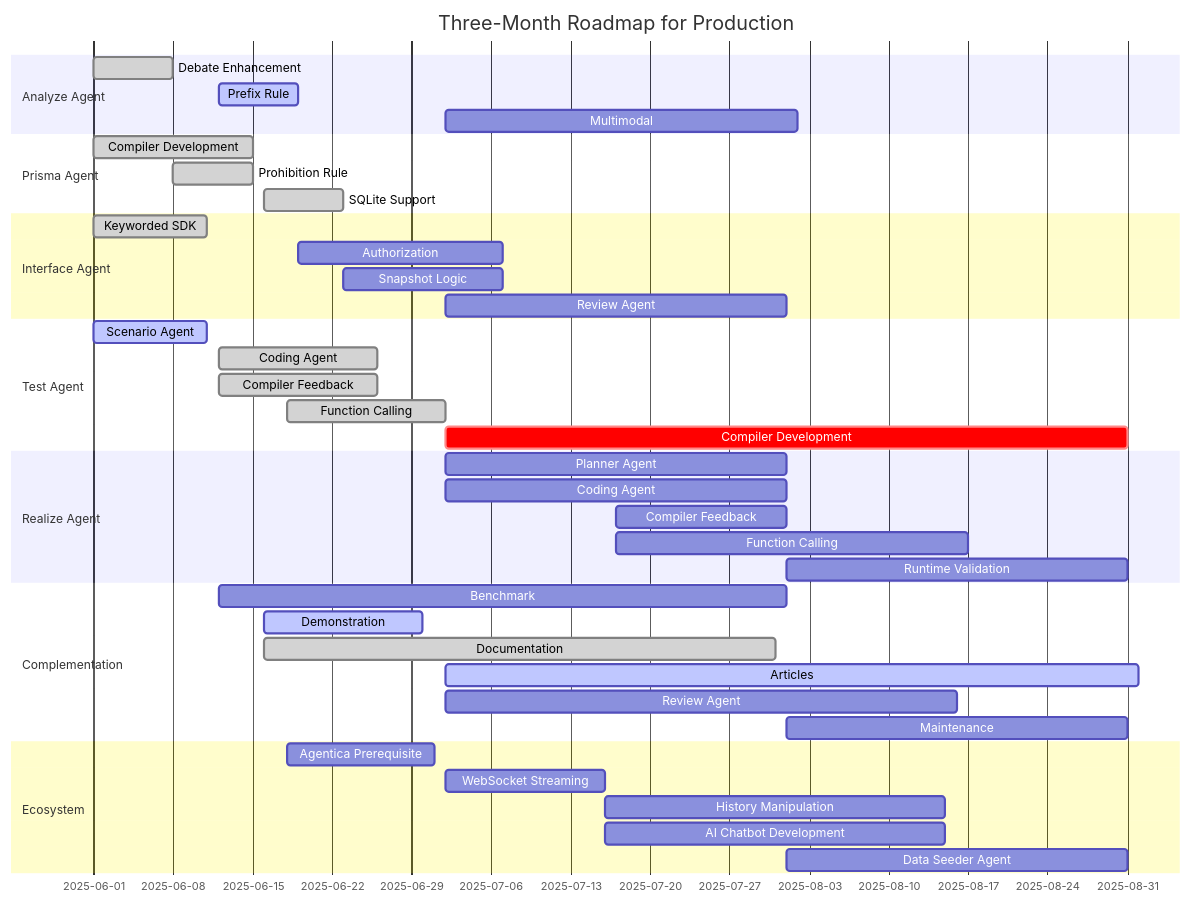
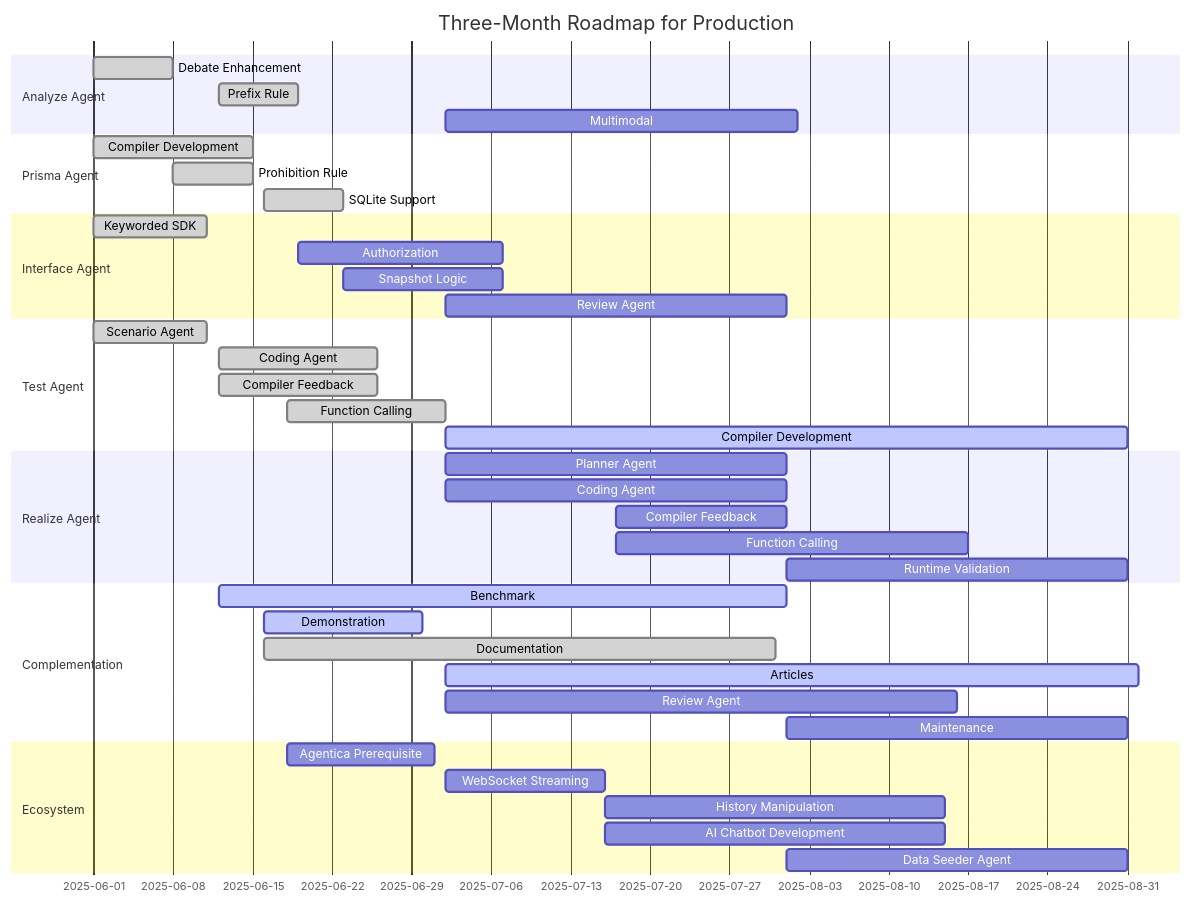
The second of 2 diagrams in README.md (RavenView-ai/autobe), drawn with Mermaid before and after one commit. The commit also changed 20 other files, not shown here.

````diff
--- a/README.md
+++ b/README.md
@@ -155,50 +155,50 @@
 ```mermaid
 gantt
   dateFormat YYYY-MM-DD
   title Three-Month Roadmap for Production
 
   section Analyze Agent
   Debate Enhancement: done,    2025-06-01,  7d
-  Prefix Rule:        active,  2025-06-12,  7d
+  Prefix Rule:        done,    2025-06-12,  7d
   Multimodal:         planned, 2025-07-02, 31d
 
   section Prisma Agent
   Compiler Development: done, 2025-06-01, 14d
   Prohibition Rule:     done, 2025-06-08,  7d
   SQLite Support:       done, 2025-06-16,  7d
 
   section Interface Agent
   Keyworded SDK:  done,    2025-06-01, 10d
   Authorization:  planned, 2025-06-19, 18d
   Snapshot Logic: planned, 2025-06-23, 14d
   Review Agent:   planned, 2025-07-02, 30d
 
   section Test Agent
-  Scenario Agent:       active, 2025-06-01, 10d        
+  Scenario Agent:       done,   2025-06-01, 10d        
   Coding Agent:         done,   2025-06-12, 14d
   Compiler Feedback:    done,   2025-06-12, 14d
   Function Calling:     done,   2025-06-18, 14d
-  Compiler Development: crit,   2025-07-02, 60d
+  Compiler Development: active, 2025-07-02, 60d
 
   section Realize Agent
   Planner Agent:      planned, 2025-07-02, 30d
   Coding Agent:       planned, 2025-07-02, 30d
   Compiler Feedback:  planned, 2025-07-17, 15d
   Function Calling:   planned, 2025-07-17, 31d
   Runtime Validation: planned, 2025-08-01, 30d
 
   section Complementation
-  Benchmark:     planned, 2025-06-12, 50d
+  Benchmark:     active,  2025-06-12, 50d
   Demonstration: active,  2025-06-16, 14d
   Documentation: done,    2025-06-16, 45d
   Articles:      active,  2025-07-02, 61d
   Review Agent:  planned, 2025-07-02, 45d
   Maintenance:   planned, 2025-08-01, 30d
 
   section Ecosystem
   Agentica Prerequisite:  planned, 2025-06-18, 13d
   WebSocket Streaming:    planned, 2025-07-02, 14d
   History Manipulation:   planned, 2025-07-16, 30d
   AI Chatbot Development: planned, 2025-07-16, 30d
   Data Seeder Agent:      planned, 2025-08-01, 30d
 ```
````
